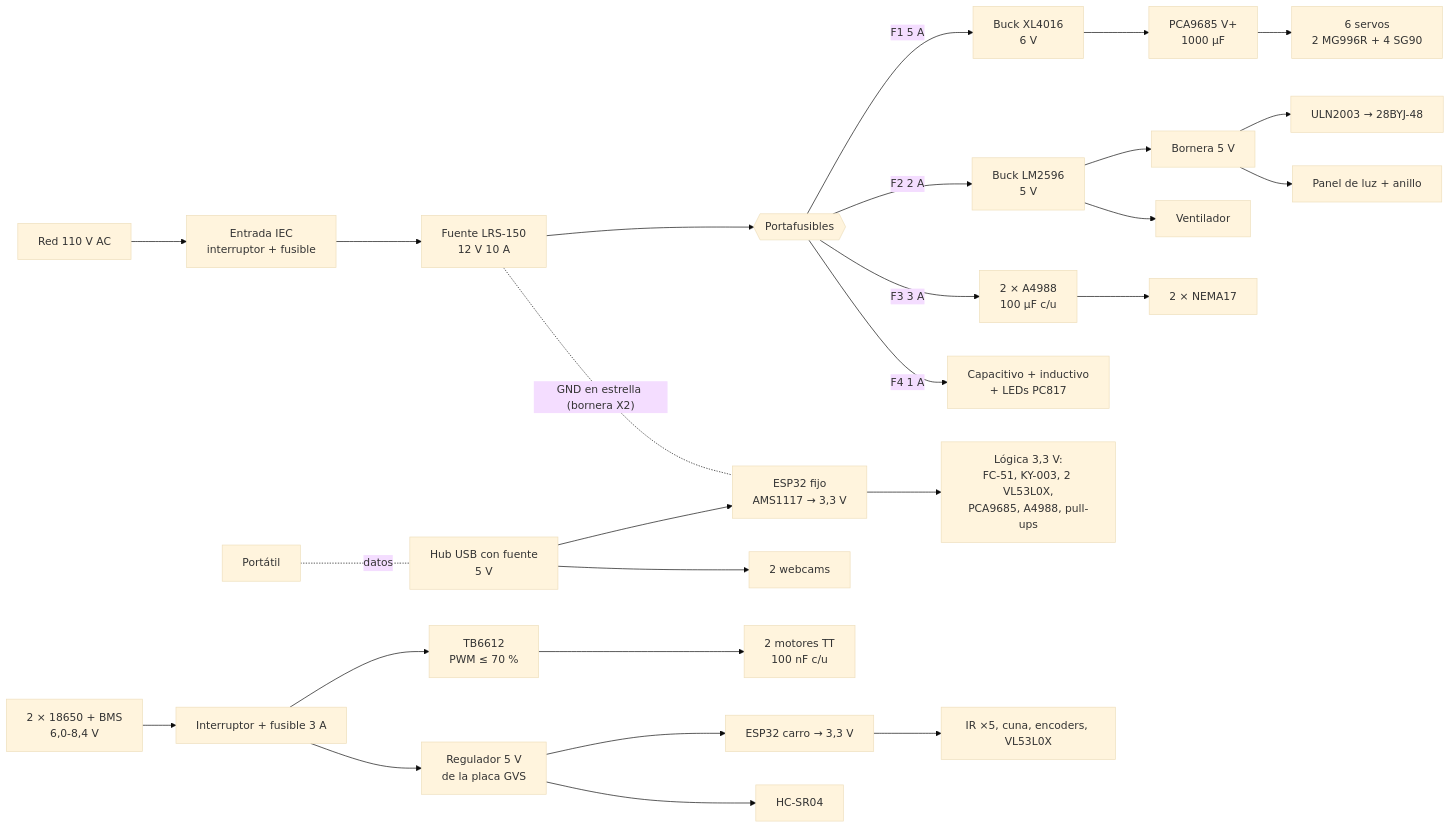
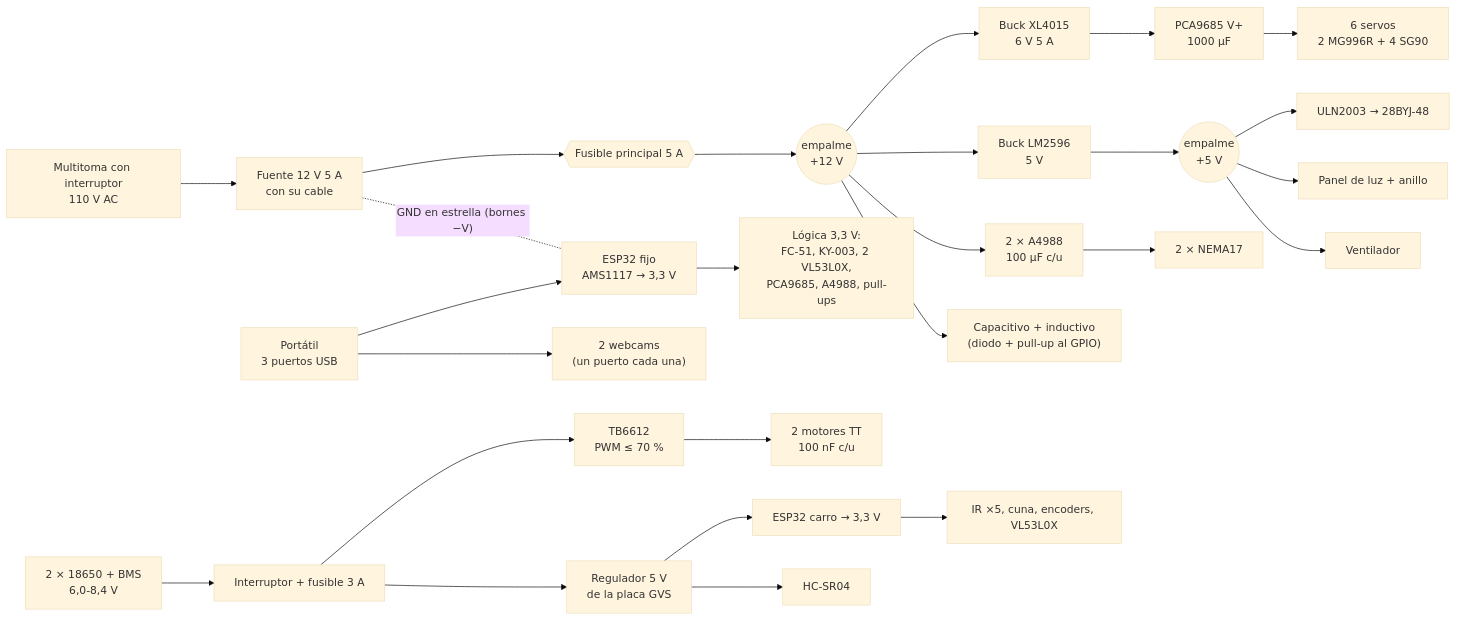
The diagram in proyecto-final/docs/electrica.md (Dathinel/Sensores-Teoria), drawn with Mermaid (base theme) before and after one commit. The commit also changed other lines of this file and 409 other files, not shown here.

````diff
--- a/proyecto-final/docs/electrica.md
+++ b/proyecto-final/docs/electrica.md
@@ -25,20 +25,19 @@
 ```mermaid
 flowchart LR
-  RED["Red 110 V AC"] --> IEC["Entrada IEC<br/>interruptor + fusible"] --> FTE["Fuente LRS-150<br/>12 V 10 A"]
-  FTE --> FUS{{"Portafusibles"}}
-  FUS -- "F1 5 A" --> B6["Buck XL4016<br/>6 V"] --> PCA["PCA9685 V+<br/>1000 µF"] --> SERV["6 servos<br/>2 MG996R + 4 SG90"]
-  FUS -- "F2 2 A" --> B5["Buck LM2596<br/>5 V"] --> X5["Bornera 5 V"]
+  RED["Multitoma con interruptor<br/>110 V AC"] --> FTE["Fuente 12 V 5 A<br/>con su cable"]
+  FTE --> FUS{{"Fusible principal 5 A"}} --> E12(("empalme<br/>+12 V"))
+  E12 --> B6["Buck XL4015<br/>6 V 5 A"] --> PCA["PCA9685 V+<br/>1000 µF"] --> SERV["6 servos<br/>2 MG996R + 4 SG90"]
+  E12 --> B5["Buck LM2596<br/>5 V"] --> X5(("empalme<br/>+5 V"))
   X5 --> ULN["ULN2003 → 28BYJ-48"]
   X5 --> LUZ["Panel de luz + anillo"]
-  B5 --> VEN["Ventilador"]
-  FUS -- "F3 3 A" --> DRV["2 × A4988<br/>100 µF c/u"] --> NEMA["2 × NEMA17"]
-  FUS -- "F4 1 A" --> S12["Capacitivo + inductivo<br/>+ LEDs PC817"]
-  HUB["Hub USB con fuente<br/>5 V"] --> ESP["ESP32 fijo<br/>AMS1117 → 3,3 V"] --> L33["Lógica 3,3 V:<br/>FC-51, KY-003, 2 VL53L0X,<br/>PCA9685, A4988, pull-ups"]
-  HUB --> CAMS["2 webcams"]
-  PC["Portátil"] -. datos .- HUB
-  FTE -. "GND en estrella (bornera X2)" .- ESP
+  X5 --> VEN["Ventilador"]
+  E12 --> DRV["2 × A4988<br/>100 µF c/u"] --> NEMA["2 × NEMA17"]
+  E12 --> S12["Capacitivo + inductivo<br/>(diodo + pull-up al GPIO)"]
+  PC["Portátil<br/>3 puertos USB"] --> ESP["ESP32 fijo<br/>AMS1117 → 3,3 V"] --> L33["Lógica 3,3 V:<br/>FC-51, KY-003, 2 VL53L0X,<br/>PCA9685, A4988, pull-ups"]
+  PC --> CAMS["2 webcams<br/>(un puerto cada una)"]
+  FTE -. "GND en estrella (bornes −V)" .- ESP
   BAT["2 × 18650 + BMS<br/>6,0-8,4 V"] --> SW["Interruptor + fusible 3 A"]
   SW --> TB["TB6612<br/>PWM ≤ 70 %"] --> TT["2 motores TT<br/>100 nF c/u"]
   SW --> R5["Regulador 5 V<br/>de la placa GVS"] --> ESPC["ESP32 carro → 3,3 V"] --> LC["IR ×5, cuna, encoders, VL53L0X"]
   R5 --> US["HC-SR04"]
 ```
````
